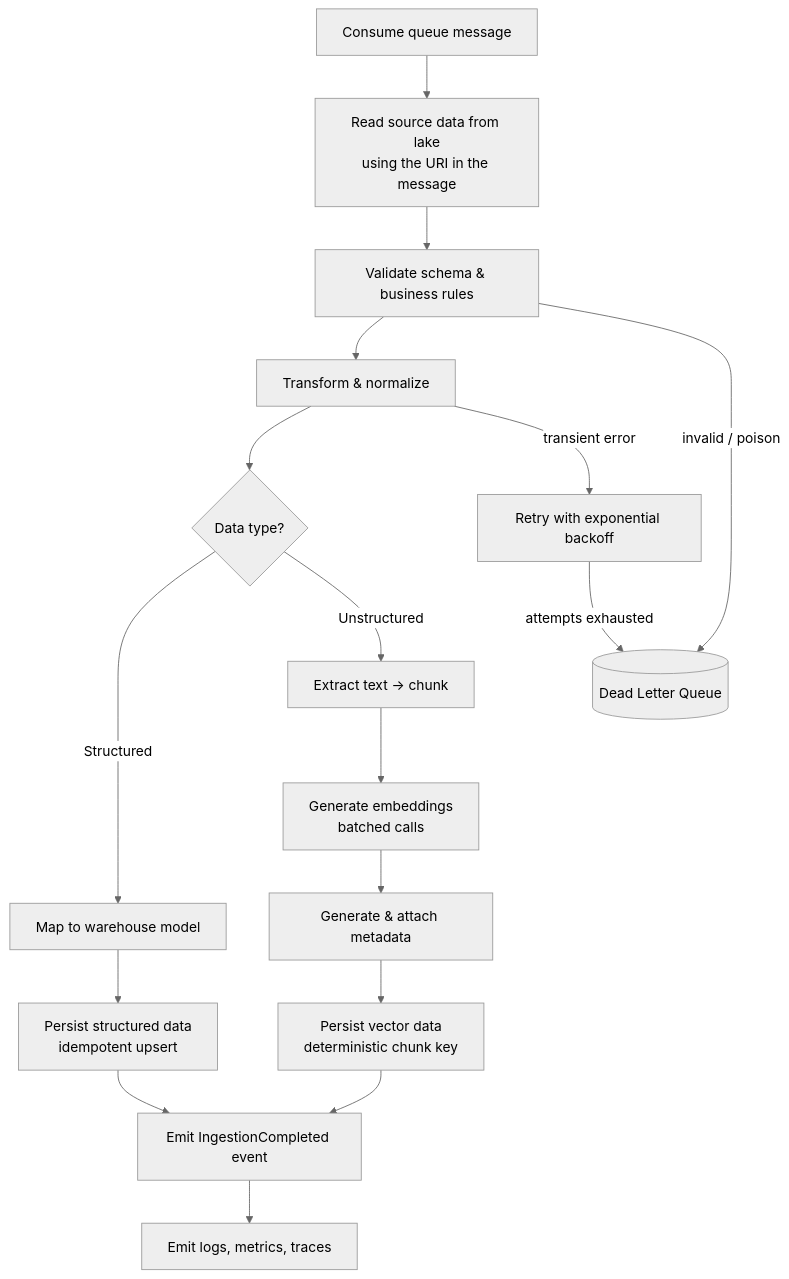
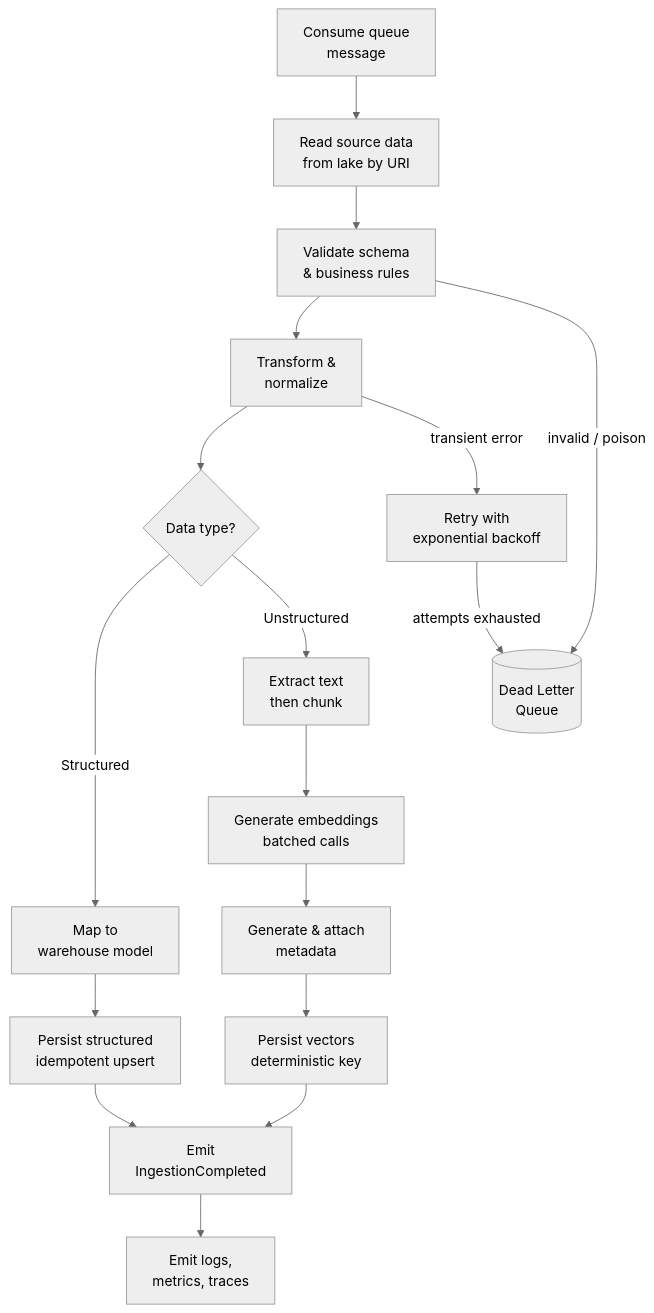
One commit to Prutech-Solutions-India/HPD_Document_Validation changed the second of 4 diagrams in johndeerereadme.md. Above: the diagram before and after it, drawn with Mermaid (neutral theme). The commit also changed other lines of this file, not shown here.

Commit message:
Wrap Mermaid node labels so rendered boxes fit their text

````diff
--- a/johndeerereadme.md
+++ b/johndeerereadme.md
@@ -64,19 +64,19 @@
 ```mermaid
 flowchart TB
-    A["Consume queue message"] --> B["Read source data from lake<br/>using the URI in the message"]
-    B --> C["Validate schema & business rules"]
-    C --> D["Transform & normalize"]
+    A["Consume queue<br/>message"] --> B["Read source data<br/>from lake by URI"]
+    B --> C["Validate schema<br/>& business rules"]
+    C --> D["Transform &<br/>normalize"]
     D --> E{"Data type?"}
-    E -- "Structured" --> F["Map to warehouse model"]
-    E -- "Unstructured" --> G["Extract text -> chunk"]
+    E -- "Structured" --> F["Map to<br/>warehouse model"]
+    E -- "Unstructured" --> G["Extract text<br/>then chunk"]
     G --> H["Generate embeddings<br/>batched calls"]
-    H --> I["Generate & attach metadata"]
-    F --> J["Persist structured data<br/>idempotent upsert"]
-    I --> K["Persist vector data<br/>deterministic chunk key"]
-    J --> L["Emit IngestionCompleted event"]
+    H --> I["Generate & attach<br/>metadata"]
+    F --> J["Persist structured<br/>idempotent upsert"]
+    I --> K["Persist vectors<br/>deterministic key"]
+    J --> L["Emit<br/>IngestionCompleted"]
     K --> L
-    L --> M["Emit logs, metrics, traces"]
-    C -- "invalid / poison" --> DLQ[("Dead Letter Queue")]
-    D -- "transient error" --> RTY["Retry with exponential backoff"]
+    L --> M["Emit logs,<br/>metrics, traces"]
+    C -- "invalid / poison" --> DLQ[("Dead Letter<br/>Queue")]
+    D -- "transient error" --> RTY["Retry with<br/>exponential backoff"]
     RTY -- "attempts exhausted" --> DLQ
 ```
````
